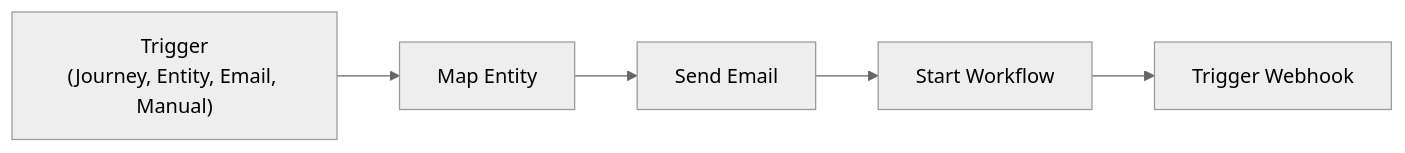
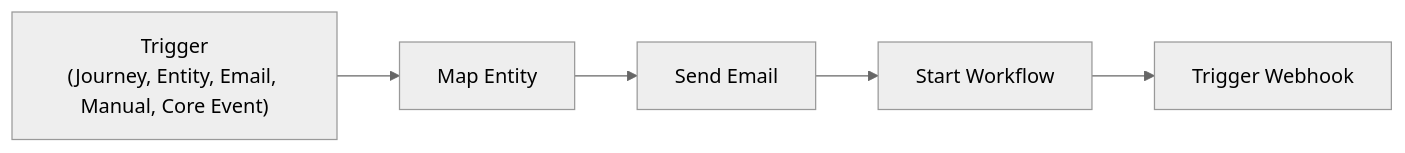
One commit to epilot-dev/docs changed the diagram in docs/automation/automation-flows.md. Above: the diagram before and after it, drawn with Mermaid (neutral theme). The commit also changed other lines of this file and 5 other files, not shown here.

First line of the commit message:
docs(automation): Event Catalog trigger

````diff
--- a/docs/automation/automation-flows.md
+++ b/docs/automation/automation-flows.md
@@ -31,7 +32,7 @@
 ```mermaid
 flowchart LR
-    Trigger["Trigger\n(Journey, Entity, Email, Manual)"] --> A1["Map Entity"]
+    Trigger["Trigger\n(Journey, Entity, Email, Manual, Core Event)"] --> A1["Map Entity"]
     A1 --> A2["Send Email"]
     A2 --> A3["Start Workflow"]
     A3 --> A4["Trigger Webhook"]
 ```
````
